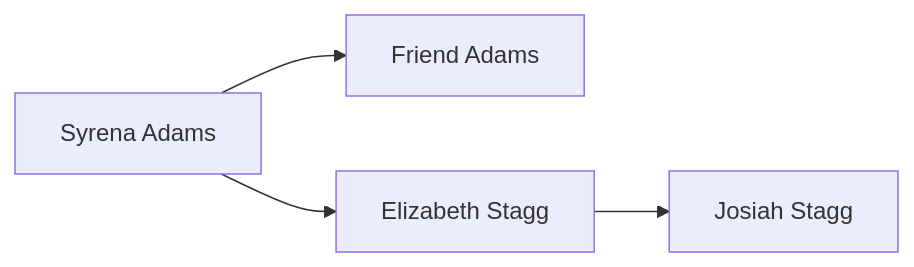
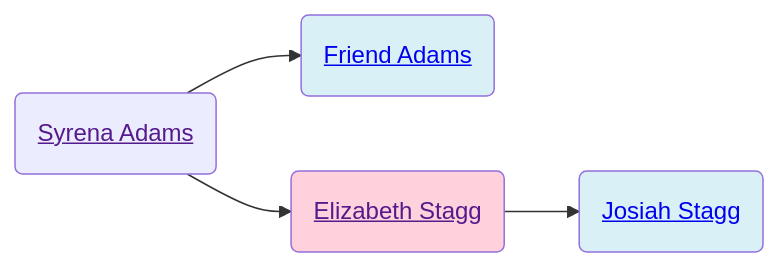
One commit to neelsmith/avocational changed the diagram in familyhistory/sources/people/Merrill-line/White-line/Syrena_Adams.qmd. Above: the diagram before and after it, drawn with Mermaid. The commit also changed 71 other files, not shown here.

````diff
--- a/familyhistory/sources/people/Merrill-line/White-line/Syrena_Adams.qmd
+++ b/familyhistory/sources/people/Merrill-line/White-line/Syrena_Adams.qmd
@@ -19,6 +19,13 @@
 ```{mermaid}
 graph LR
-Syrena_Adams[Syrena Adams] -->  Friend_Adams[Friend Adams]
-Syrena_Adams[Syrena Adams]  --> Elizabeth_Stagg[Elizabeth Stagg]
-Elizabeth_Stagg[Elizabeth Stagg] -->  Josiah_Stagg[Josiah Stagg]
+Syrena_Adams(<a href=''>Syrena Adams</>) -->  Friend_Adams(<a href='./Friend_Adams.html'>Friend Adams</>)
+class Friend_Adams father
+Syrena_Adams(<a href=''>Syrena Adams</>)  --> Elizabeth_Stagg(<a href='./Elizabeth_Stagg.html'>Elizabeth Stagg</>)
+Elizabeth_Stagg(<a href=''>Elizabeth Stagg</>) -->  Josiah_Stagg(<a href='./Josiah_Stagg.html'>Josiah Stagg</>)
+class Josiah_Stagg father
+class Elizabeth_Stagg mother
+classDef mother fill:#ffd1dc
+classDef father fill:#daf0f7  
+classDef marriage fill:#ffffff
+
 ```
````
